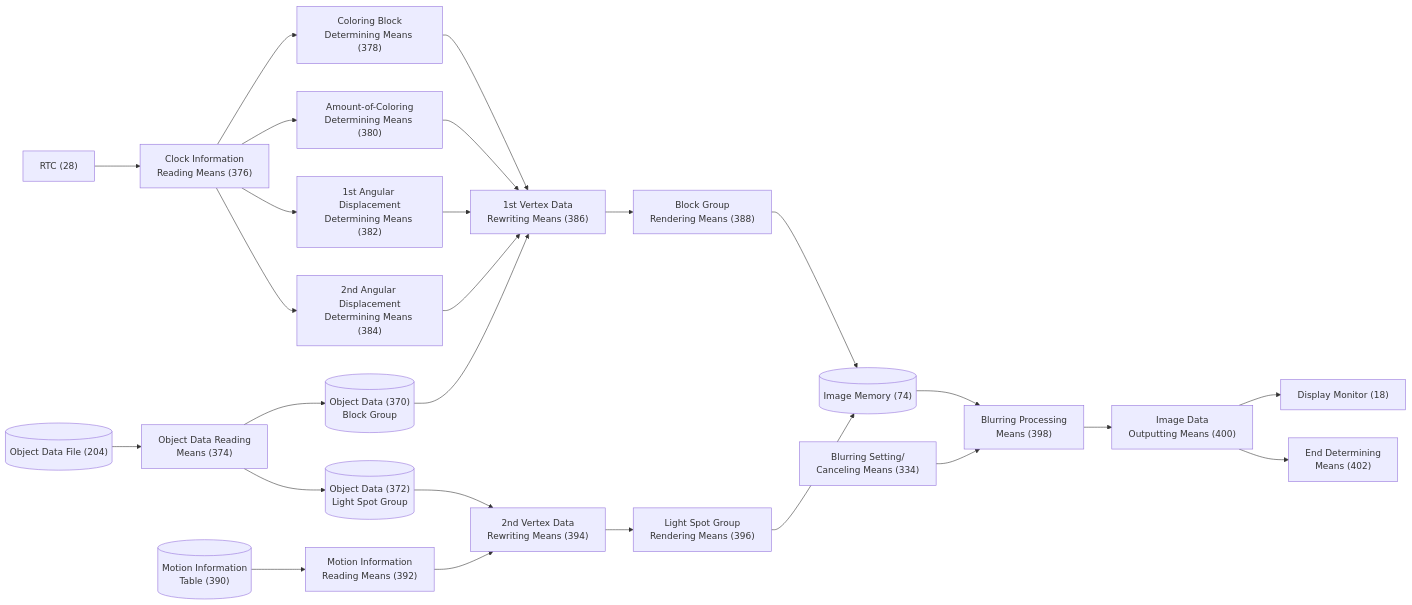
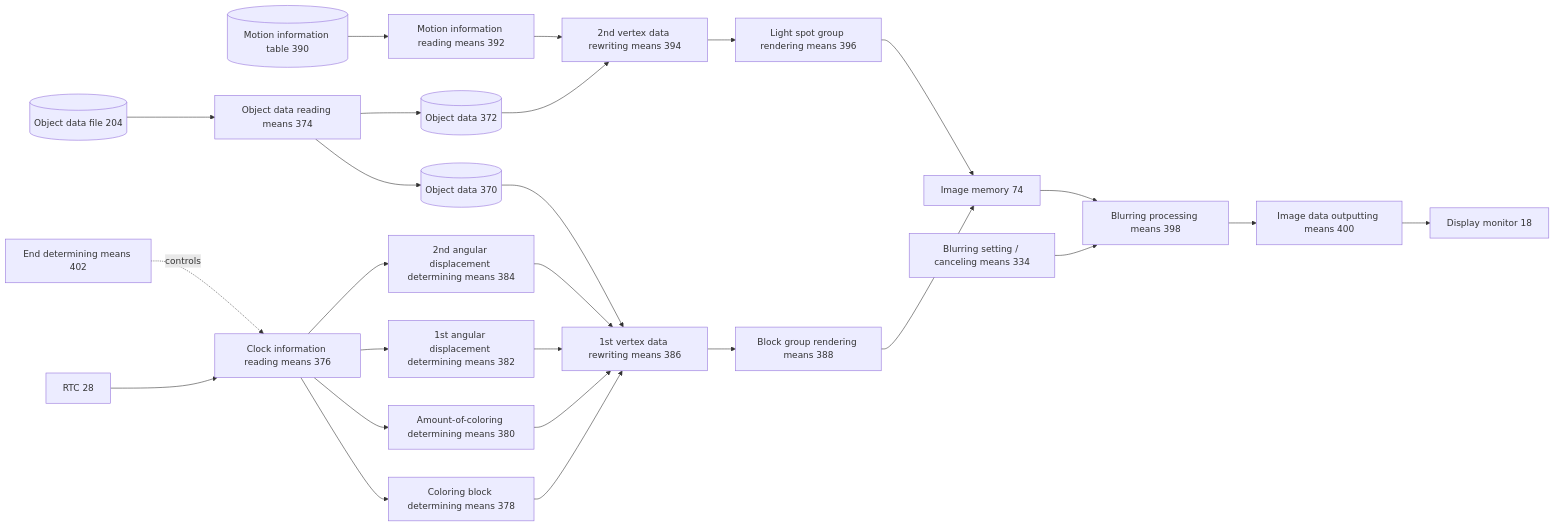
The seventh of 11 diagrams in docs/clock_patent/US6693606.md (JeanxPereira/CrystalClockVK), drawn with Mermaid before and after one commit. The commit also changed other lines of this file and 3 other files, not shown here.

````diff
--- a/docs/clock_patent/US6693606.md
+++ b/docs/clock_patent/US6693606.md
@@ -812,34 +305,32 @@
 ```mermaid
-graph LR
-    RTC3["RTC (28)"] --> CIRM3["Clock Information\nReading Means (376)"]
-    ODF3[("Object Data File (204)")] --> ODRM3["Object Data Reading\nMeans (374)"]
-    MIT3[("Motion Information\nTable (390)")] --> MIRM3["Motion Information\nReading Means (392)"]
+flowchart LR
+    MIT[("Motion information table 390")] --> MIR["Motion information reading means 392"]
+    ODF[("Object data file 204")] --> ODR["Object data reading means 374"]
+    RTC["RTC 28"] --> CIR["Clock information reading means 376"]
 
-    ODRM3 --> OD3a[("Object Data (370)\nBlock Group")]
-    ODRM3 --> OD3b[("Object Data (372)\nLight Spot Group")]
+    CIR --> CBD["Coloring block determining means 378"]
+    CIR --> ACD["Amount-of-coloring determining means 380"]
+    CIR --> AD1["1st angular displacement determining means 382"]
+    CIR --> AD2["2nd angular displacement determining means 384"]
 
-    CIRM3 --> CBD3["Coloring Block\nDetermining Means (378)"]
-    CIRM3 --> AOC3["Amount-of-Coloring\nDetermining Means (380)"]
-    CIRM3 --> FAD3["1st Angular Displacement\nDetermining Means (382)"]
-    CIRM3 --> SAD3["2nd Angular Displacement\nDetermining Means (384)"]
+    ODR --> OD1[("Object data 370")]
+    ODR --> OD2[("Object data 372")]
 
-    CBD3 --> FVD3["1st Vertex Data\nRewriting Means (386)"]
-    AOC3 --> FVD3
-    FAD3 --> FVD3
-    SAD3 --> FVD3
-    OD3a --> FVD3
+    CBD --> V1["1st vertex data rewriting means 386"]
+    ACD --> V1
+    AD1 --> V1
+    AD2 --> V1
+    OD1 --> V1
+    MIR --> V2["2nd vertex data rewriting means 394"]
+    OD2 --> V2
 
-    FVD3 --> BGRM3["Block Group\nRendering Means (388)"]
-    BGRM3 --> IM3[("Image Memory (74)")]
-
-    MIRM3 --> SVD3["2nd Vertex Data\nRewriting Means (394)"]
-    OD3b --> SVD3
-    SVD3 --> LSGR["Light Spot Group\nRendering Means (396)"]
-    LSGR --> IM3
-
-    BSC3["Blurring Setting/\nCanceling Means (334)"] --> BPM["Blurring Processing\nMeans (398)"]
-    IM3 --> BPM
-    BPM --> IDOP3["Image Data\nOutputting Means (400)"]
-    IDOP3 --> DM3["Display Monitor (18)"]
-    IDOP3 --> EDM3["End Determining\nMeans (402)"]
+    V1 --> BGR["Block group rendering means 388"]
+    V2 --> LGR["Light spot group rendering means 396"]
+    BGR --> IM["Image memory 74"]
+    LGR --> IM
+    BSC["Blurring setting / canceling means 334"] --> BPM["Blurring processing means 398"]
+    IM --> BPM
+    BPM --> IDO["Image data outputting means 400"]
+    IDO --> DM["Display monitor 18"]
+    EDM["End determining means 402"] -.controls.-> CIR
 ```
````
